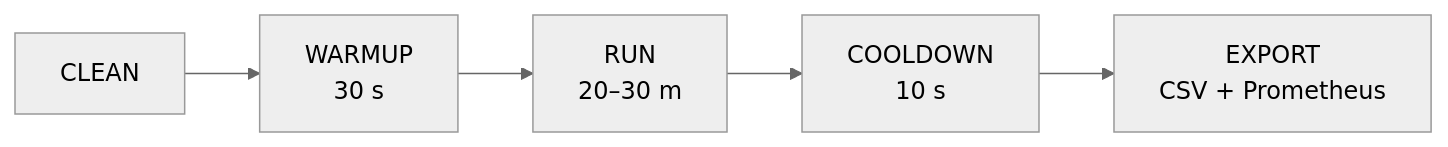
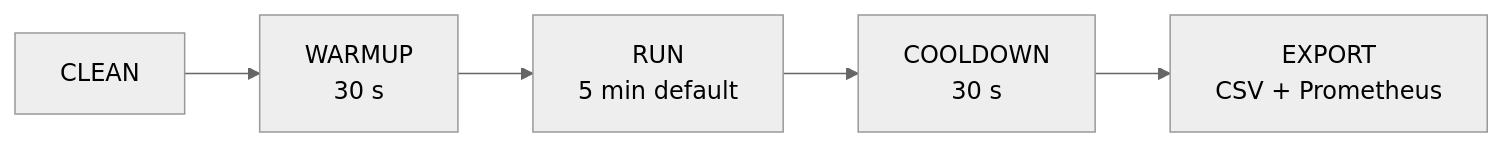
Before and after one commit to JohanCifuentes03/data-ingestion-strategies: the diagram in docs/experiment_protocol.md, drawn with Mermaid (neutral theme). The commit also changed other lines of this file and 4 other files, not shown here.

````diff
--- a/docs/experiment_protocol.md
+++ b/docs/experiment_protocol.md
@@ -44,7 +39,7 @@
 ```mermaid
 graph LR
     A[CLEAN] --> B[WARMUP<br/>30 s]
-    B --> C[RUN<br/>20–30 m]
-    C --> D[COOLDOWN<br/>10 s]
+    B --> C[RUN<br/>5 min default]
+    C --> D[COOLDOWN<br/>30 s]
     D --> E[EXPORT<br/>CSV + Prometheus]
 ```
````
